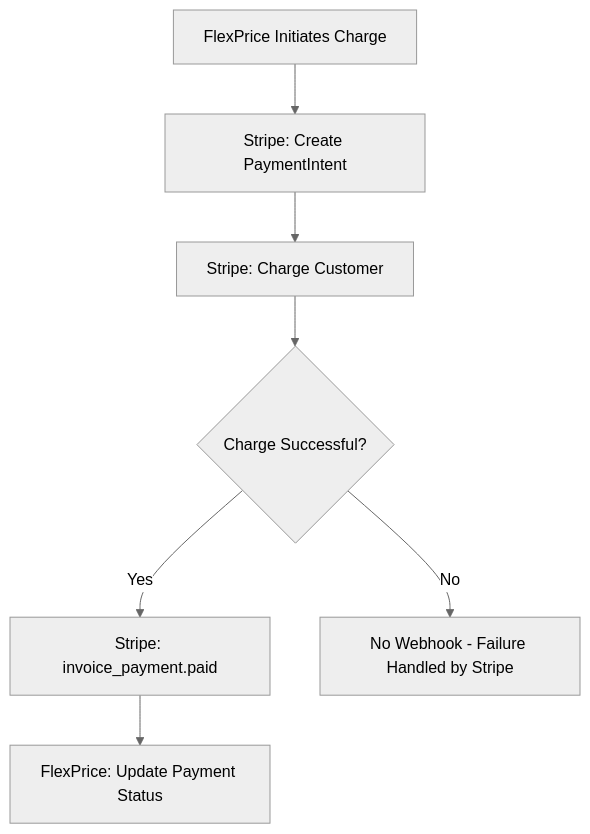
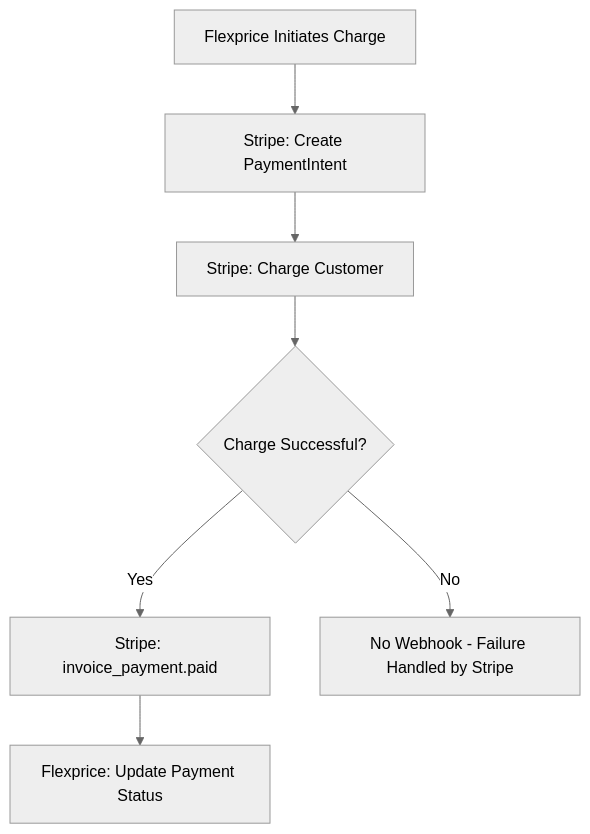
The third of 5 diagrams in integrations/stripe/invoice-sync.mdx (flexprice/flexprice-docs), drawn with Mermaid (neutral theme) before and after one commit. The commit also changed other lines of this file and 12 other files, not shown here.

````diff
--- a/integrations/stripe/invoice-sync.mdx
+++ b/integrations/stripe/invoice-sync.mdx
@@ -102,9 +107,9 @@
 ```mermaid
 graph TD
-    A[FlexPrice Initiates Charge] --> B[Stripe: Create PaymentIntent]
+    A[Flexprice Initiates Charge] --> B[Stripe: Create PaymentIntent]
     B --> C[Stripe: Charge Customer]
     C --> D{Charge Successful?}
     D -->|Yes| E[Stripe: invoice_payment.paid]
     D -->|No| F[No Webhook - Failure Handled by Stripe]
-    E --> G[FlexPrice: Update Payment Status]
+    E --> G[Flexprice: Update Payment Status]
 ```
````
